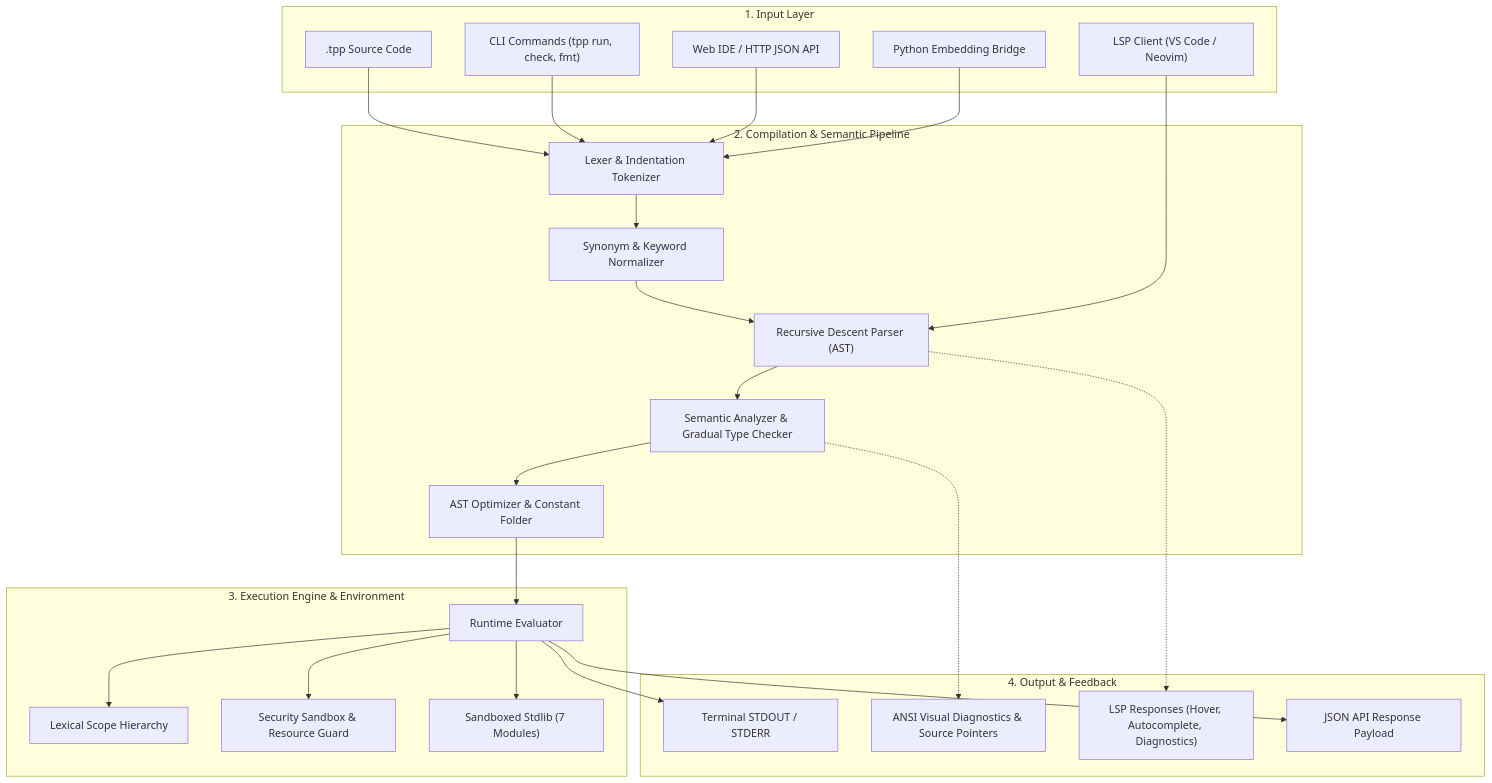
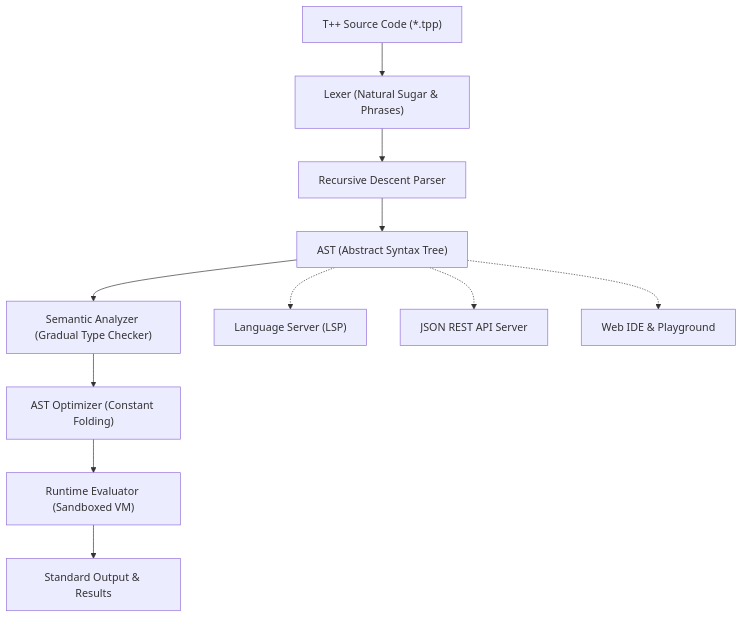
The diagram in README.md (taezeem14/T-Plus-Plus), drawn with Mermaid before and after one commit. The commit also changed other lines of this file, not shown here.

````diff
--- a/README.md
+++ b/README.md
@@ -672,53 +733,14 @@
 ```mermaid
 flowchart TD
-    subgraph Inputs["1. Input Layer"]
-        SRC[".tpp Source Code"]
-        CLI["CLI Commands (tpp run, check, fmt)"]
-        LSP_IN["LSP Client (VS Code / Neovim)"]
-        HTTP_IN["Web IDE / HTTP JSON API"]
-        PY_IN["Python Embedding Bridge"]
-    end
+    A["T++ Source Code (*.tpp)"] --> B["Lexer (Natural Sugar & Phrases)"]
+    B --> C["Recursive Descent Parser"]
+    C --> D["AST (Abstract Syntax Tree)"]
+    D --> E["Semantic Analyzer (Gradual Type Checker)"]
+    E --> F["AST Optimizer (Constant Folding)"]
+    F --> G["Runtime Evaluator (Sandboxed VM)"]
+    G --> H["Standard Output & Results"]
 
-    subgraph Pipeline["2. Compilation & Semantic Pipeline"]
-        LEX["Lexer & Indentation Tokenizer"]
-        SYN["Synonym & Keyword Normalizer"]
-        PAR["Recursive Descent Parser (AST)"]
-        SEM["Semantic Analyzer & Gradual Type Checker"]
-        OPT["AST Optimizer & Constant Folder"]
-    end
-
-    subgraph Execution["3. Execution Engine & Environment"]
-        ENG["Runtime Evaluator"]
-        ENV["Lexical Scope Hierarchy"]
-        SEC["Security Sandbox & Resource Guard"]
-        STD["Sandboxed Stdlib (7 Modules)"]
-    end
-
-    subgraph Outputs["4. Output & Feedback"]
-        OUT["Terminal STDOUT / STDERR"]
-        DIAG["ANSI Visual Diagnostics & Source Pointers"]
-        LSP_OUT["LSP Responses (Hover, Autocomplete, Diagnostics)"]
-        JSON_OUT["JSON API Response Payload"]
-    end
-
-    SRC --> LEX
-    CLI --> LEX
-    HTTP_IN --> LEX
-    PY_IN --> LEX
-
-    LEX --> SYN
-    SYN --> PAR
-    PAR --> SEM
-    SEM --> OPT
-    OPT --> ENG
-
-    ENG --> ENV
-    ENG --> SEC
-    ENG --> STD
-
-    LSP_IN --> PAR
-    SEM -.-> DIAG
-    ENG --> OUT
-    ENG --> JSON_OUT
-    PAR -.-> LSP_OUT
+    D -.-> I["Language Server (LSP)"]
+    D -.-> J["JSON REST API Server"]
+    D -.-> K["Web IDE & Playground"]
 ```
````
